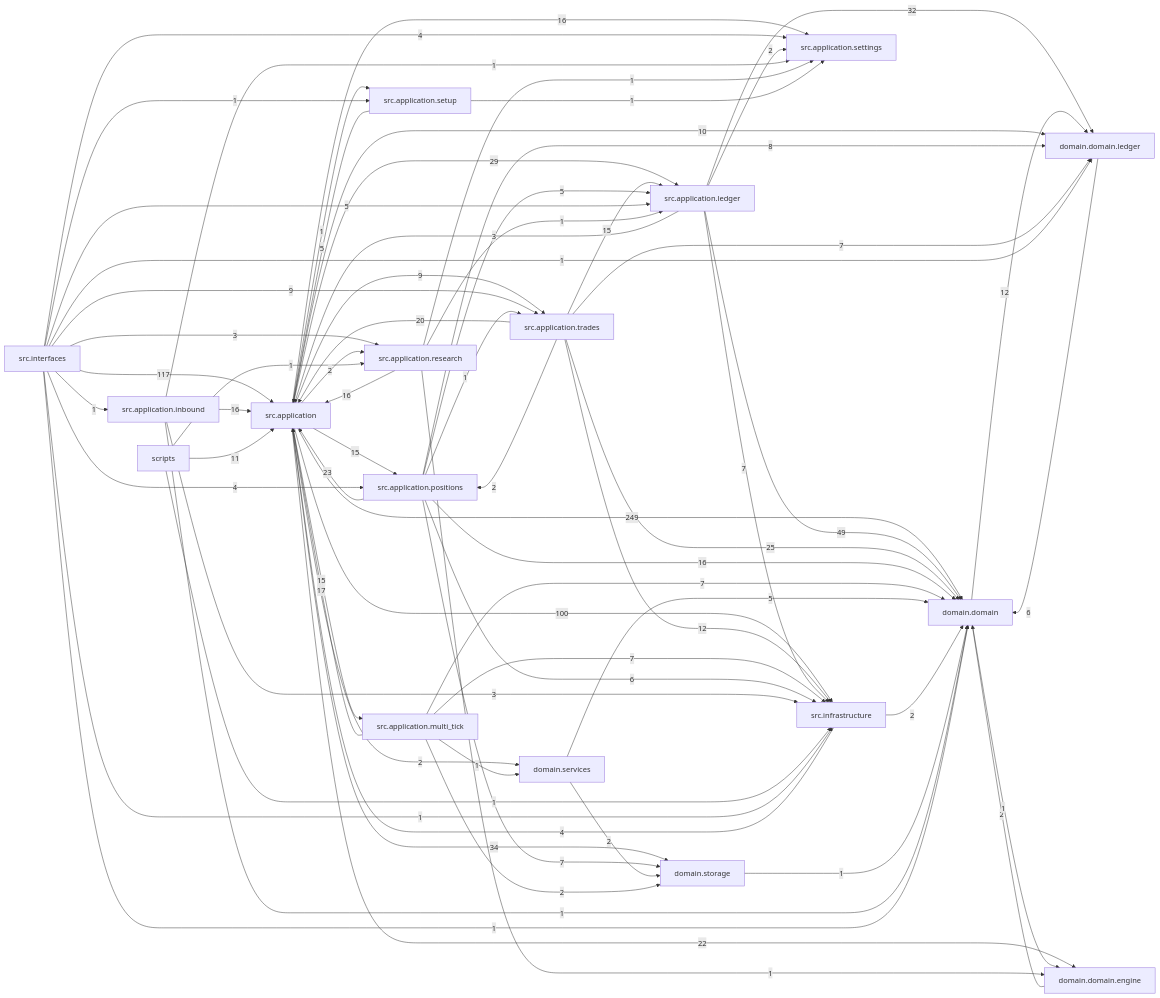
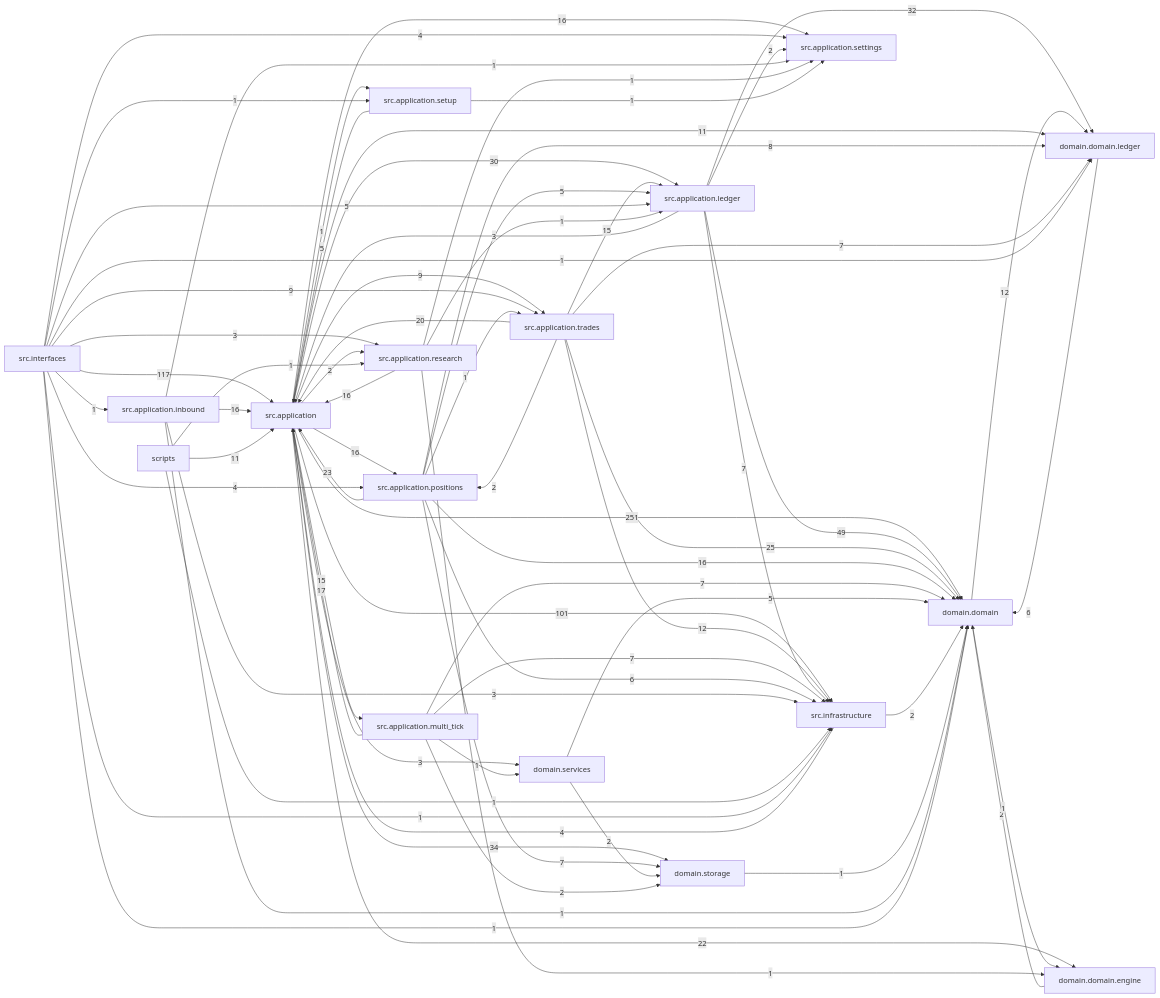
One commit to liuxie066/options-monitor changed the diagram in docs/dependency_graph.mmd. Above: the diagram before and after it, drawn with Mermaid. The commit also changed 37 other files, not shown here.

```diff
--- a/docs/dependency_graph.mmd
+++ b/docs/dependency_graph.mmd
@@ -1,70 +1,70 @@
 flowchart LR
-  src_application["src.application"] -->|249| domain_domain["domain.domain"]
+  src_application["src.application"] -->|251| domain_domain["domain.domain"]
   src_interfaces["src.interfaces"] -->|117| src_application["src.application"]
-  src_application["src.application"] -->|100| src_infrastructure["src.infrastructure"]
+  src_application["src.application"] -->|101| src_infrastructure["src.infrastructure"]
   src_application_ledger["src.application.ledger"] -->|49| domain_domain["domain.domain"]
   src_application["src.application"] -->|34| domain_storage["domain.storage"]
   src_application_ledger["src.application.ledger"] -->|32| domain_domain_ledger["domain.domain.ledger"]
-  src_application["src.application"] -->|29| src_application_ledger["src.application.ledger"]
+  src_application["src.application"] -->|30| src_application_ledger["src.application.ledger"]
   src_application_trades["src.application.trades"] -->|25| domain_domain["domain.domain"]
   src_application_positions["src.application.positions"] -->|23| src_application["src.application"]
   src_application["src.application"] -->|22| domain_domain_engine["domain.domain.engine"]
   src_application_trades["src.application.trades"] -->|20| src_application["src.application"]
   src_application_multi_tick["src.application.multi_tick"] -->|17| src_application["src.application"]
+  src_application["src.application"] -->|16| src_application_positions["src.application.positions"]
   src_application["src.application"] -->|16| src_application_settings["src.application.settings"]
   src_application_inbound["src.application.inbound"] -->|16| src_application["src.application"]
   src_application_positions["src.application.positions"] -->|16| domain_domain["domain.domain"]
   src_application_research["src.application.research"] -->|16| src_application["src.application"]
   src_application["src.application"] -->|15| src_application_multi_tick["src.application.multi_tick"]
-  src_application["src.application"] -->|15| src_application_positions["src.application.positions"]
   src_application_trades["src.application.trades"] -->|15| src_application_ledger["src.application.ledger"]
   domain_domain["domain.domain"] -->|12| domain_domain_ledger["domain.domain.ledger"]
   src_application_trades["src.application.trades"] -->|12| src_infrastructure["src.infrastructure"]
   scripts["scripts"] -->|11| src_application["src.application"]
-  src_application["src.application"] -->|10| domain_domain_ledger["domain.domain.ledger"]
+  src_application["src.application"] -->|11| domain_domain_ledger["domain.domain.ledger"]
   src_application["src.application"] -->|9| src_application_trades["src.application.trades"]
   src_interfaces["src.interfaces"] -->|9| src_application_trades["src.application.trades"]
   src_application_positions["src.application.positions"] -->|8| domain_domain_ledger["domain.domain.ledger"]
   src_application_ledger["src.application.ledger"] -->|7| src_infrastructure["src.infrastructure"]
   src_application_multi_tick["src.application.multi_tick"] -->|7| domain_domain["domain.domain"]
   src_application_multi_tick["src.application.multi_tick"] -->|7| src_infrastructure["src.infrastructure"]
   src_application_positions["src.application.positions"] -->|7| domain_storage["domain.storage"]
   src_application_trades["src.application.trades"] -->|7| domain_domain_ledger["domain.domain.ledger"]
   domain_domain_ledger["domain.domain.ledger"] -->|6| domain_domain["domain.domain"]
   src_application_positions["src.application.positions"] -->|6| src_infrastructure["src.infrastructure"]
   domain_services["domain.services"] -->|5| domain_domain["domain.domain"]
   src_application_positions["src.application.positions"] -->|5| src_application_ledger["src.application.ledger"]
   src_application_setup["src.application.setup"] -->|5| src_application["src.application"]
   src_interfaces["src.interfaces"] -->|5| src_application_ledger["src.application.ledger"]
   src_infrastructure["src.infrastructure"] -->|4| src_application["src.application"]
   src_interfaces["src.interfaces"] -->|4| src_application_positions["src.application.positions"]
   src_interfaces["src.interfaces"] -->|4| src_application_settings["src.application.settings"]
+  src_application["src.application"] -->|3| domain_services["domain.services"]
   src_application_inbound["src.application.inbound"] -->|3| src_infrastructure["src.infrastructure"]
   src_application_ledger["src.application.ledger"] -->|3| src_application["src.application"]
   src_interfaces["src.interfaces"] -->|3| src_application_research["src.application.research"]
   domain_domain_engine["domain.domain.engine"] -->|2| domain_domain["domain.domain"]
   domain_services["domain.services"] -->|2| domain_storage["domain.storage"]
-  src_application["src.application"] -->|2| domain_services["domain.services"]
   src_application["src.application"] -->|2| src_application_research["src.application.research"]
   src_application_ledger["src.application.ledger"] -->|2| src_application_settings["src.application.settings"]
   src_application_multi_tick["src.application.multi_tick"] -->|2| domain_storage["domain.storage"]
   src_application_trades["src.application.trades"] -->|2| src_application_positions["src.application.positions"]
   src_infrastructure["src.infrastructure"] -->|2| domain_domain["domain.domain"]
   domain_domain["domain.domain"] -->|1| domain_domain_engine["domain.domain.engine"]
   domain_storage["domain.storage"] -->|1| domain_domain["domain.domain"]
   scripts["scripts"] -->|1| src_application_research["src.application.research"]
   scripts["scripts"] -->|1| src_infrastructure["src.infrastructure"]
   src_application["src.application"] -->|1| src_application_setup["src.application.setup"]
   src_application_inbound["src.application.inbound"] -->|1| domain_domain["domain.domain"]
   src_application_inbound["src.application.inbound"] -->|1| src_application_settings["src.application.settings"]
   src_application_multi_tick["src.application.multi_tick"] -->|1| domain_services["domain.services"]
   src_application_positions["src.application.positions"] -->|1| src_application_trades["src.application.trades"]
   src_application_research["src.application.research"] -->|1| domain_domain_engine["domain.domain.engine"]
   src_application_research["src.application.research"] -->|1| src_application_ledger["src.application.ledger"]
   src_application_research["src.application.research"] -->|1| src_application_settings["src.application.settings"]
   src_application_setup["src.application.setup"] -->|1| src_application_settings["src.application.settings"]
   src_interfaces["src.interfaces"] -->|1| domain_domain["domain.domain"]
   src_interfaces["src.interfaces"] -->|1| domain_domain_ledger["domain.domain.ledger"]
   src_interfaces["src.interfaces"] -->|1| src_application_inbound["src.application.inbound"]
   src_interfaces["src.interfaces"] -->|1| src_application_setup["src.application.setup"]
   src_interfaces["src.interfaces"] -->|1| src_infrastructure["src.infrastructure"]
```
